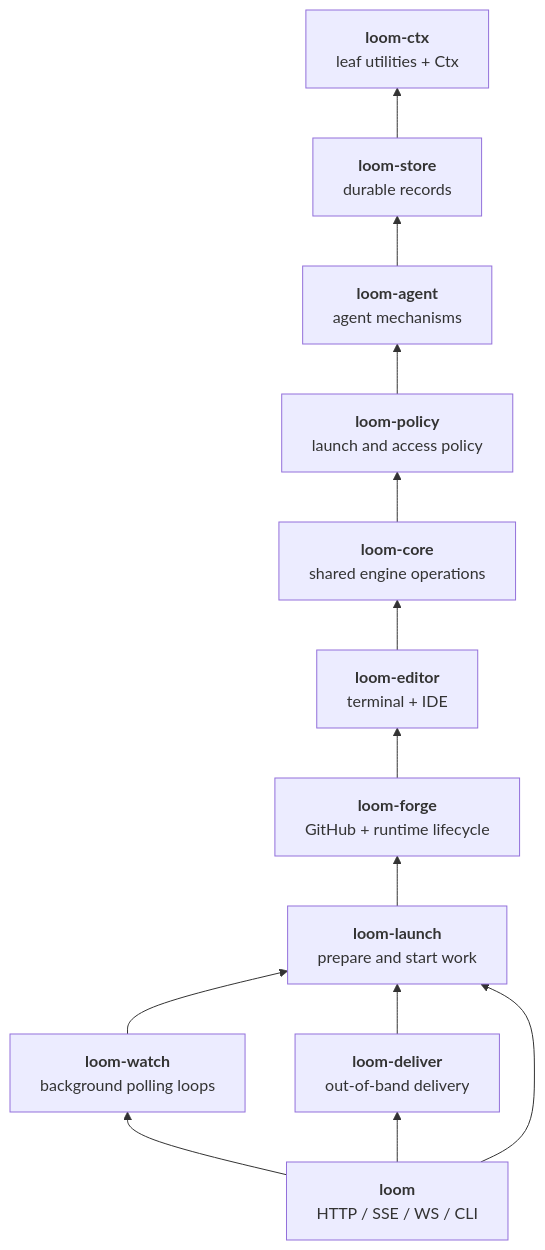
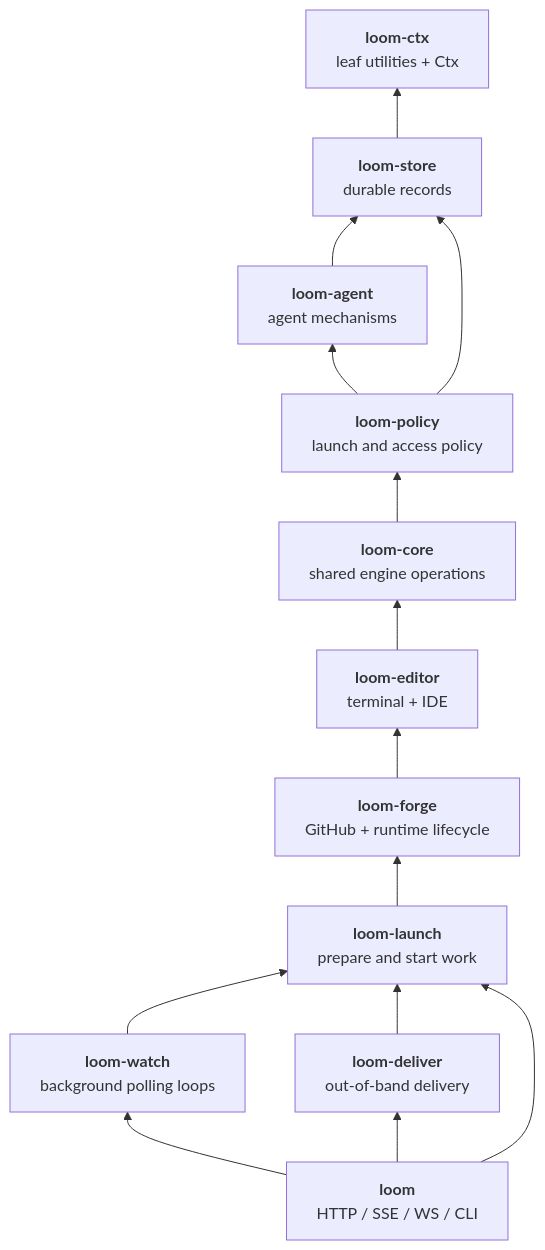
The diagram in docs/crate-layering.md (marin-community/loom), drawn with Mermaid before and after one commit. The commit also changed other lines of this file and 9 other files, not shown here.

````diff
--- a/docs/crate-layering.md
+++ b/docs/crate-layering.md
@@ -59,27 +59,28 @@
 ```mermaid
 graph BT
   ctx["<b>loom-ctx</b><br/>leaf utilities + Ctx"]
   store["<b>loom-store</b><br/>durable records"]
   agent["<b>loom-agent</b><br/>agent mechanisms"]
   policy["<b>loom-policy</b><br/>launch and access policy"]
   core["<b>loom-core</b><br/>shared engine operations"]
   editor["<b>loom-editor</b><br/>terminal + IDE"]
   forge["<b>loom-forge</b><br/>GitHub + runtime lifecycle"]
   launch["<b>loom-launch</b><br/>prepare and start work"]
   watch["<b>loom-watch</b><br/>background polling loops"]
   deliver["<b>loom-deliver</b><br/>out-of-band delivery"]
   loom["<b>loom</b><br/>HTTP / SSE / WS / CLI"]
 
   store --> ctx
   agent --> store
   policy --> agent
+  policy --> store
   core --> policy
   editor --> core
   forge --> editor
   launch --> forge
   watch --> launch
   deliver --> launch
   loom --> launch
   loom --> watch
   loom --> deliver
 ```
````
